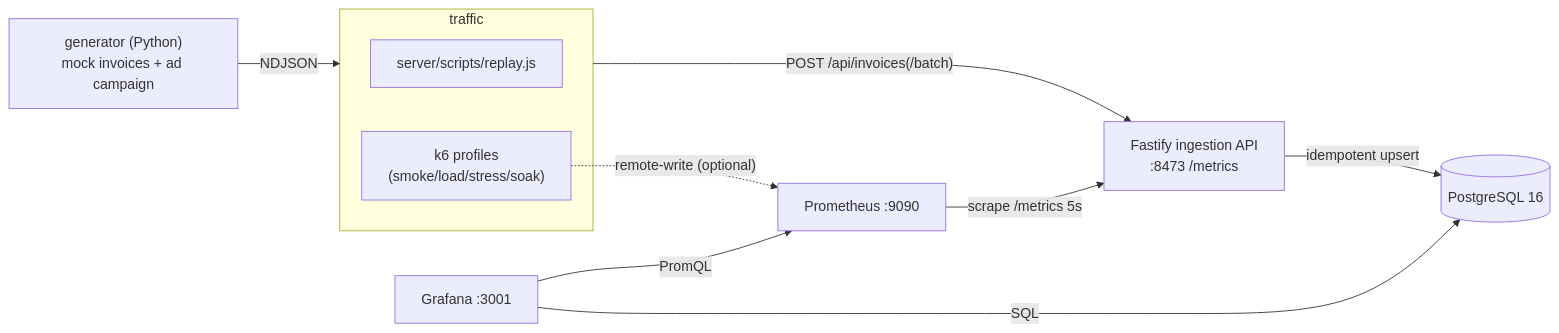
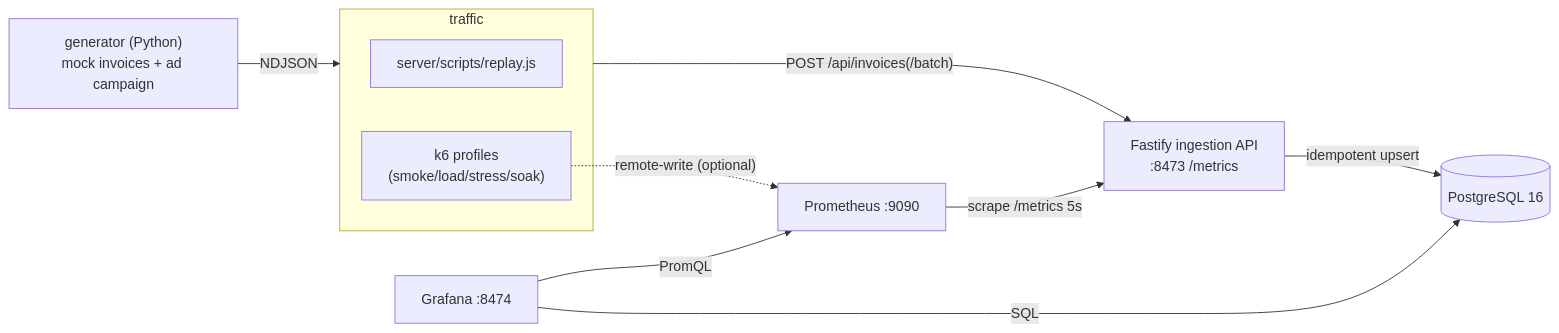
The diagram in README.md (EricLin0123/invos-mock-demo), drawn with Mermaid before and after one commit. The commit also changed other lines of this file and 8 other files, not shown here.

````diff
--- a/README.md
+++ b/README.md
@@ -23,14 +14,14 @@
 ```mermaid
 flowchart LR
   gen["generator (Python)\nmock invoices + ad campaign"] -->|NDJSON| feed
   subgraph feed["traffic"]
     replay["server/scripts/replay.js"]
     k6["k6 profiles\n(smoke/load/stress/soak)"]
   end
   feed -->|"POST /api/invoices(/batch)"| api["Fastify ingestion API\n:8473  /metrics"]
   api -->|"idempotent upsert"| pg[("PostgreSQL 16")]
   prom["Prometheus :9090"] -->|"scrape /metrics 5s"| api
   k6 -.->|"remote-write (optional)"| prom
-  graf["Grafana :3001"] -->|PromQL| prom
+  graf["Grafana :8474"] -->|PromQL| prom
   graf -->|SQL| pg
 ```
````
